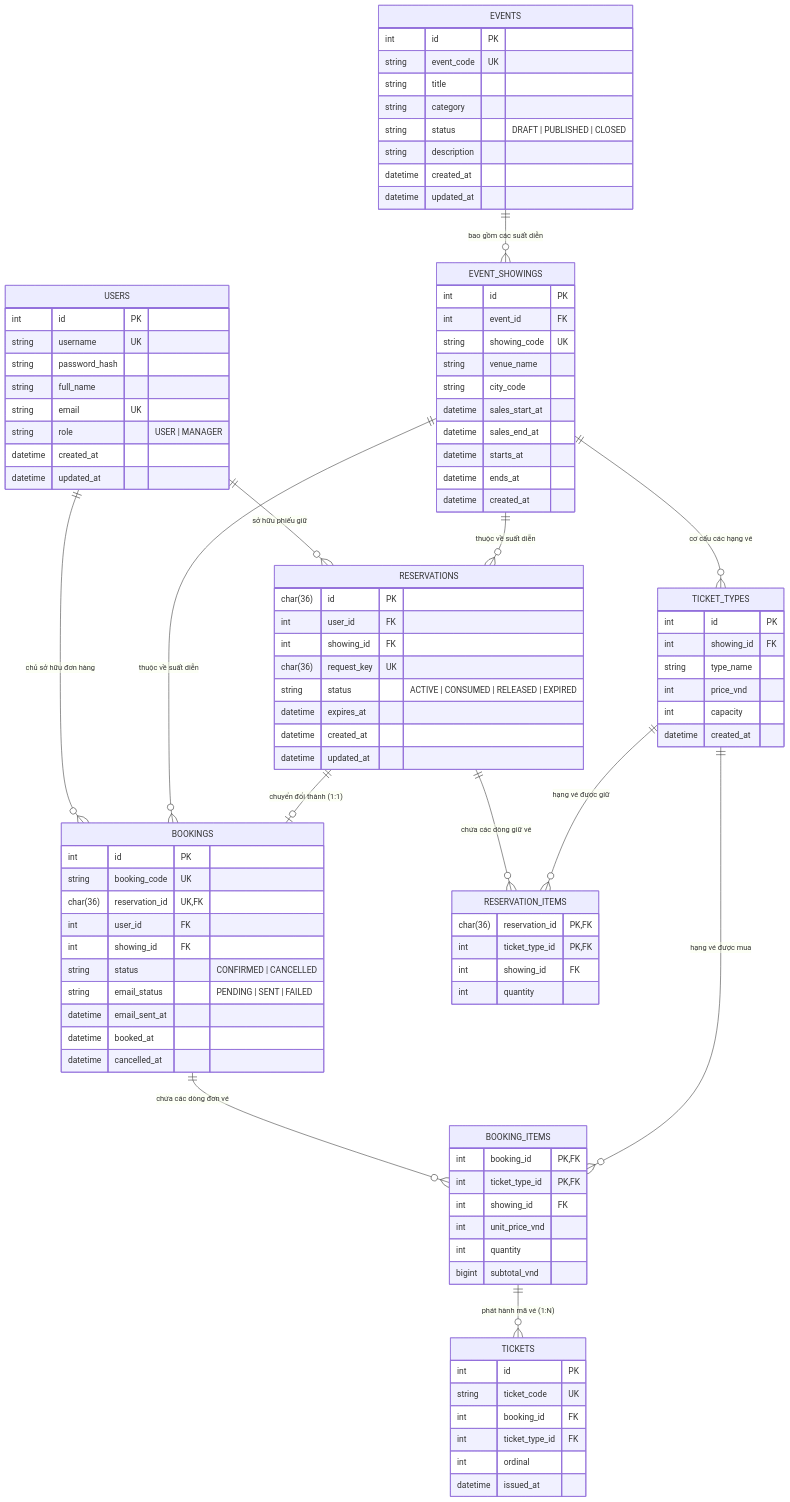
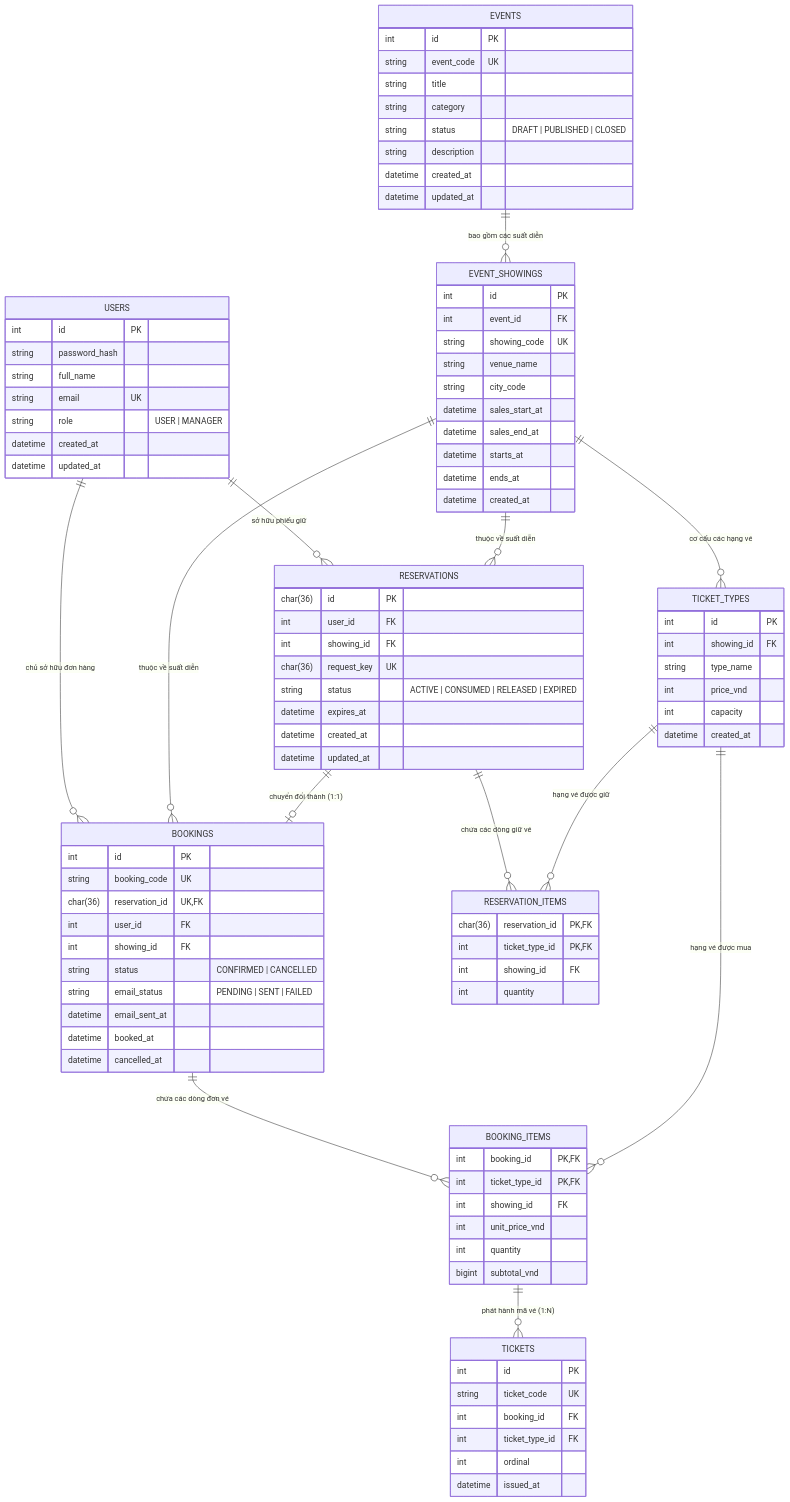
The diagram in docs/database-design.md (hoainguyenegn/dbms), drawn with Mermaid before and after one commit. The commit also changed other lines of this file, not shown here.

```diff
--- a/docs/database-design.md
+++ b/docs/database-design.md
@@ -88,7 +80,6 @@
 
     USERS {
         int id PK
-        string username UK
         string password_hash
         string full_name
         string email UK
```
